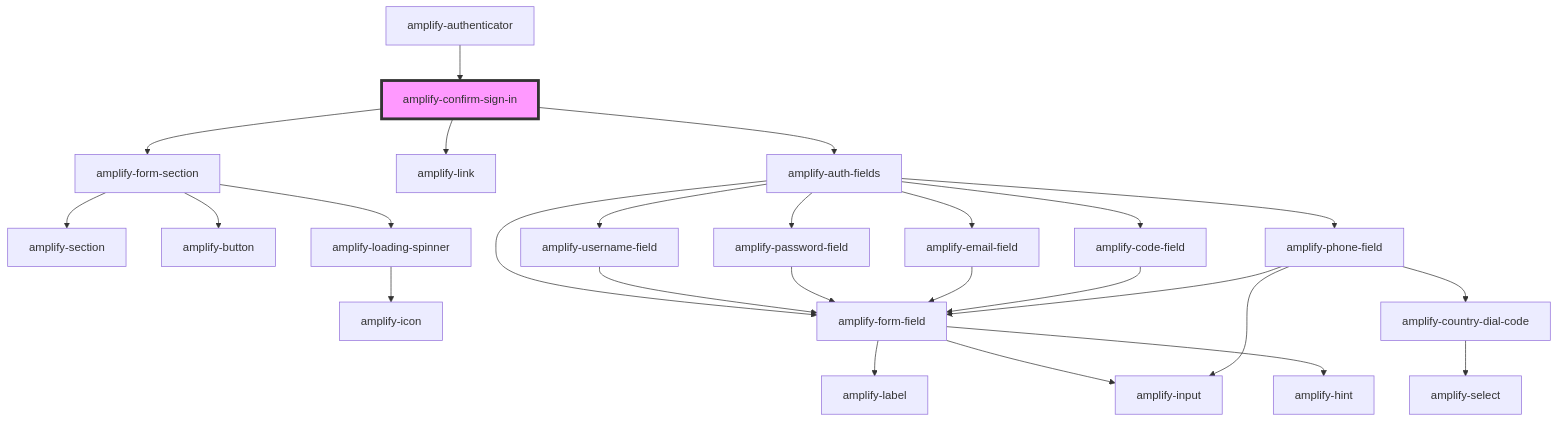
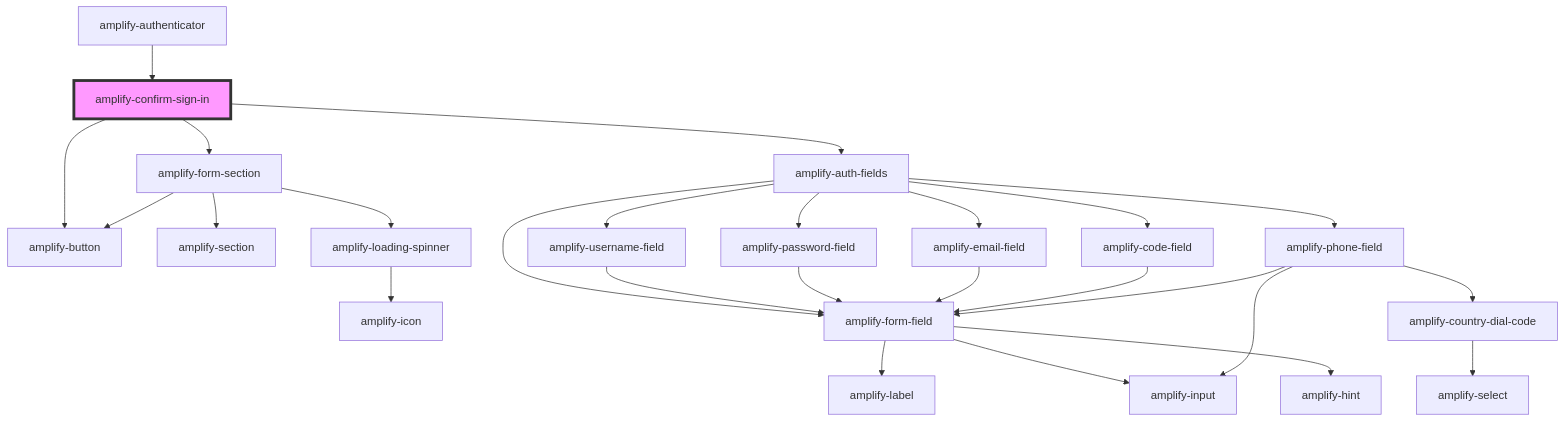
The diagram in packages/amplify-ui-components/src/components/amplify-confirm-sign-in/readme.md (OneDev0411/amplify-js), drawn with Mermaid before and after one commit. The commit also changed other lines of this file and 27 other files, not shown here.

````diff
--- a/packages/amplify-ui-components/src/components/amplify-confirm-sign-in/readme.md
+++ b/packages/amplify-ui-components/src/components/amplify-confirm-sign-in/readme.md
@@ -32,29 +32,29 @@
 ```mermaid
 graph TD;
   amplify-confirm-sign-in --> amplify-form-section
-  amplify-confirm-sign-in --> amplify-link
+  amplify-confirm-sign-in --> amplify-button
   amplify-confirm-sign-in --> amplify-auth-fields
   amplify-form-section --> amplify-section
   amplify-form-section --> amplify-button
   amplify-form-section --> amplify-loading-spinner
   amplify-loading-spinner --> amplify-icon
   amplify-auth-fields --> amplify-username-field
   amplify-auth-fields --> amplify-password-field
   amplify-auth-fields --> amplify-email-field
   amplify-auth-fields --> amplify-code-field
   amplify-auth-fields --> amplify-phone-field
   amplify-auth-fields --> amplify-form-field
   amplify-username-field --> amplify-form-field
   amplify-form-field --> amplify-label
   amplify-form-field --> amplify-input
   amplify-form-field --> amplify-hint
   amplify-password-field --> amplify-form-field
   amplify-email-field --> amplify-form-field
   amplify-code-field --> amplify-form-field
   amplify-phone-field --> amplify-form-field
   amplify-phone-field --> amplify-country-dial-code
   amplify-phone-field --> amplify-input
   amplify-country-dial-code --> amplify-select
   amplify-authenticator --> amplify-confirm-sign-in
   style amplify-confirm-sign-in fill:#f9f,stroke:#333,stroke-width:4px
 ```
````
